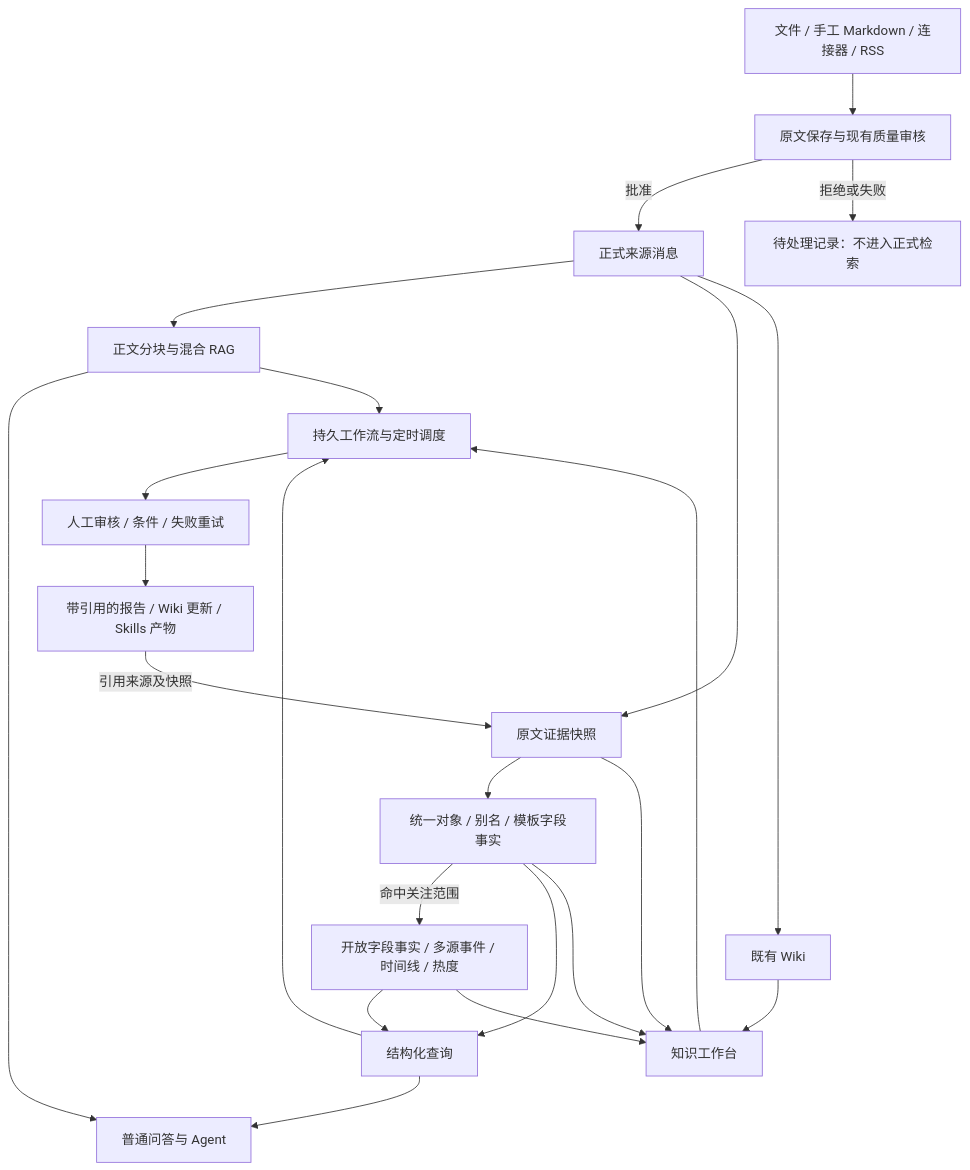
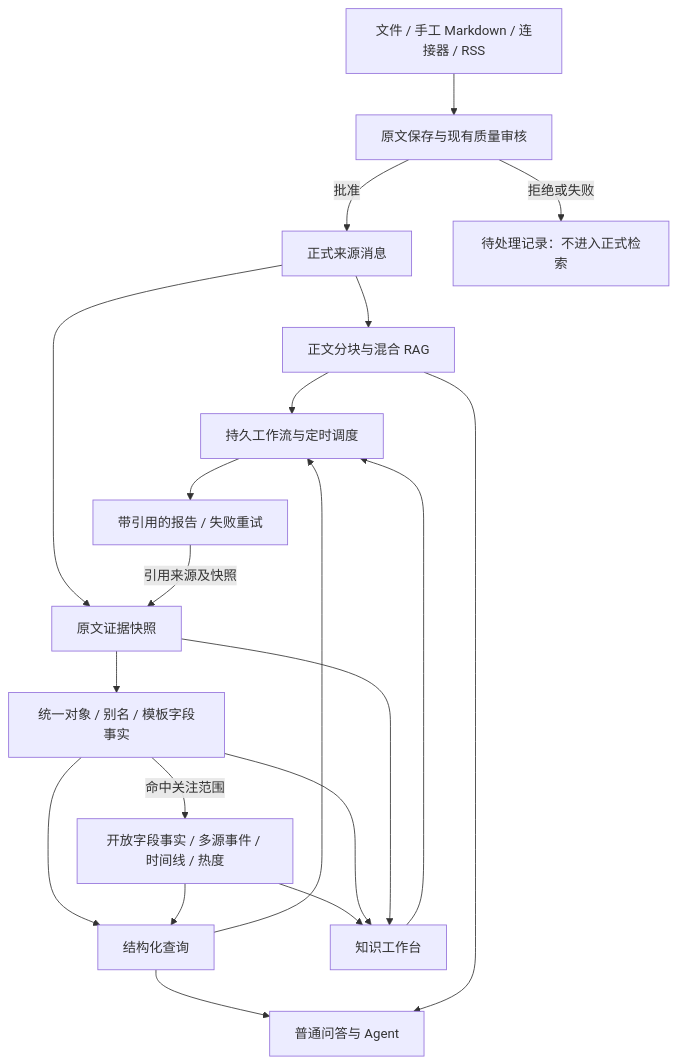
One commit to Dikui/Reliquary changed the diagram in docs/知识库融合说明.md. Above: the diagram before and after it, drawn with Mermaid. The commit also changed other lines of this file and 745 other files, not shown here.

First line of the commit message:
refactor: remove wiki, agent memory, RAG evaluation, sandbox and skills

````diff
--- a/docs/知识库融合说明.md
+++ b/docs/知识库融合说明.md
@@ -27,25 +27,22 @@
 ```mermaid
 flowchart TB
     S[文件 / 手工 Markdown / 连接器 / RSS] --> I[原文保存与现有质量审核]
     I -->|批准| M[正式来源消息]
     I -->|拒绝或失败| P[待处理记录：不进入正式检索]
     M --> R[正文分块与混合 RAG]
     M --> C[原文证据快照]
     C --> O[统一对象 / 别名 / 模板字段事实]
     O -->|命中关注范围| E[开放字段事实 / 多源事件 / 时间线 / 热度]
-    M --> W[既有 Wiki]
     O --> Q[结构化查询]
     E --> Q
     Q --> A[普通问答与 Agent]
     R --> A
     E --> B[知识工作台]
     O --> B
     C --> B
-    W --> B
     B --> F[持久工作流与定时调度]
     Q --> F
     R --> F
-    F --> H[人工审核 / 条件 / 失败重试]
-    H --> D[带引用的报告 / Wiki 更新 / Skills 产物]
+    F --> D[带引用的报告 / 失败重试]
     D -->|引用来源及快照| C
 ```
````
